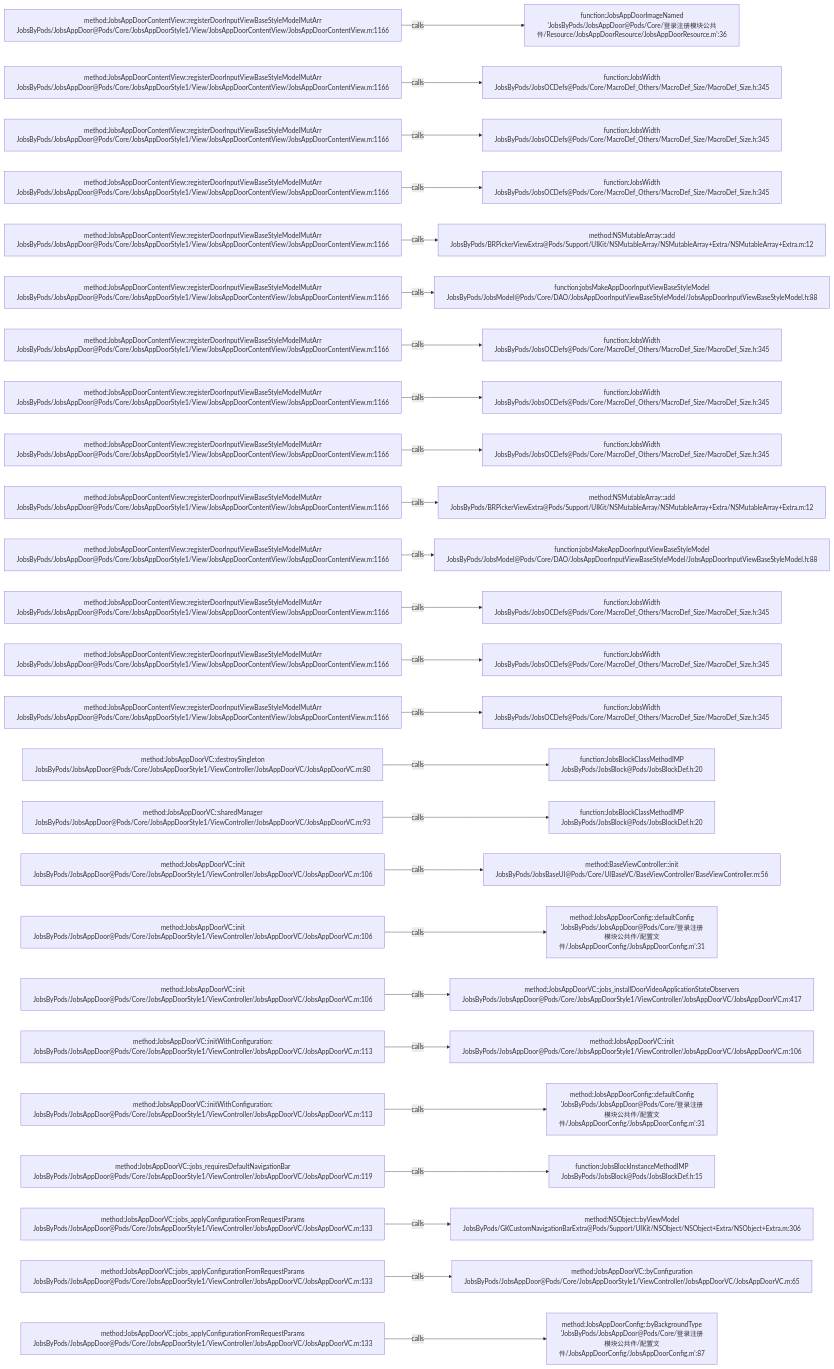
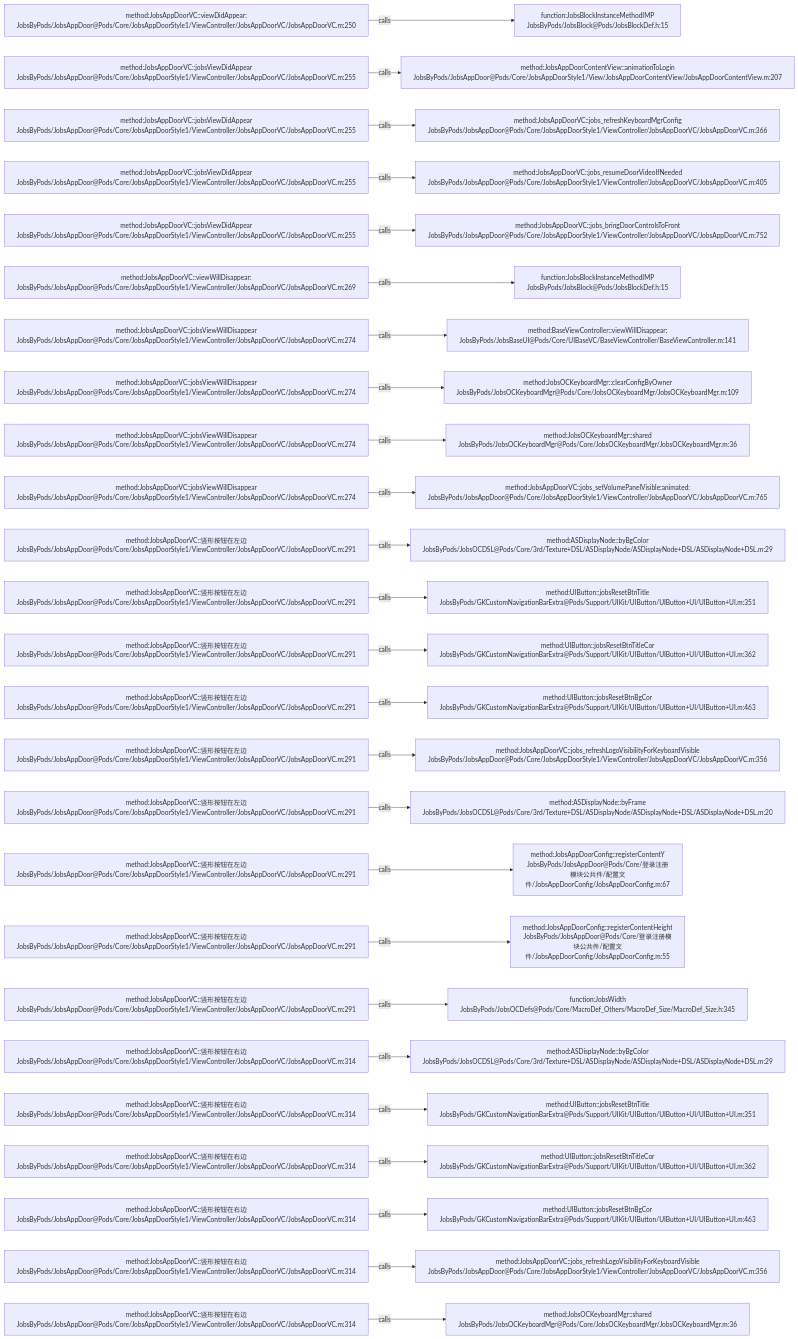
The diagram in .codegraph/codegraph.md/graphs/calls-106.md (JobsKits/JobsOCBaseConfigDemo), drawn with Mermaid before and after one commit. The commit also changed 223 other files, not shown here.

````diff
--- a/.codegraph/codegraph.md/graphs/calls-106.md
+++ b/.codegraph/codegraph.md/graphs/calls-106.md
@@ -13,78 +13,78 @@
 ```mermaid
 flowchart LR
-  S1["method:JobsAppDoorContentView::registerDoorInputViewBaseStyleModelMutArr<br/>JobsByPods/JobsAppDoor@Pods/Core/JobsAppDoorStyle1/View/JobsAppDoorContentView/JobsAppDoorContentView.m:1166"]
-  T1["function:JobsAppDoorImageNamed<br/>'JobsByPods/JobsAppDoor@Pods/Core/登录注册模块公共件/Resource/JobsAppDoorResource/JobsAppDoorResource.m':36"]
+  S1["method:JobsAppDoorVC::viewDidAppear:<br/>JobsByPods/JobsAppDoor@Pods/Core/JobsAppDoorStyle1/ViewController/JobsAppDoorVC/JobsAppDoorVC.m:250"]
+  T1["function:JobsBlockInstanceMethodIMP<br/>JobsByPods/JobsBlock@Pods/JobsBlockDef.h:15"]
   S1 -->|calls| T1
-  S2["method:JobsAppDoorContentView::registerDoorInputViewBaseStyleModelMutArr<br/>JobsByPods/JobsAppDoor@Pods/Core/JobsAppDoorStyle1/View/JobsAppDoorContentView/JobsAppDoorContentView.m:1166"]
-  T2["function:JobsWidth<br/>JobsByPods/JobsOCDefs@Pods/Core/MacroDef_Others/MacroDef_Size/MacroDef_Size.h:345"]
+  S2["method:JobsAppDoorVC::jobsViewDidAppear<br/>JobsByPods/JobsAppDoor@Pods/Core/JobsAppDoorStyle1/ViewController/JobsAppDoorVC/JobsAppDoorVC.m:255"]
+  T2["method:JobsAppDoorContentView::animationToLogin<br/>JobsByPods/JobsAppDoor@Pods/Core/JobsAppDoorStyle1/View/JobsAppDoorContentView/JobsAppDoorContentView.m:207"]
   S2 -->|calls| T2
-  S3["method:JobsAppDoorContentView::registerDoorInputViewBaseStyleModelMutArr<br/>JobsByPods/JobsAppDoor@Pods/Core/JobsAppDoorStyle1/View/JobsAppDoorContentView/JobsAppDoorContentView.m:1166"]
-  T3["function:JobsWidth<br/>JobsByPods/JobsOCDefs@Pods/Core/MacroDef_Others/MacroDef_Size/MacroDef_Size.h:345"]
+  S3["method:JobsAppDoorVC::jobsViewDidAppear<br/>JobsByPods/JobsAppDoor@Pods/Core/JobsAppDoorStyle1/ViewController/JobsAppDoorVC/JobsAppDoorVC.m:255"]
+  T3["method:JobsAppDoorVC::jobs_refreshKeyboardMgrConfig<br/>JobsByPods/JobsAppDoor@Pods/Core/JobsAppDoorStyle1/ViewController/JobsAppDoorVC/JobsAppDoorVC.m:366"]
   S3 -->|calls| T3
-  S4["method:JobsAppDoorContentView::registerDoorInputViewBaseStyleModelMutArr<br/>JobsByPods/JobsAppDoor@Pods/Core/JobsAppDoorStyle1/View/JobsAppDoorContentView/JobsAppDoorContentView.m:1166"]
-  T4["function:JobsWidth<br/>JobsByPods/JobsOCDefs@Pods/Core/MacroDef_Others/MacroDef_Size/MacroDef_Size.h:345"]
+  S4["method:JobsAppDoorVC::jobsViewDidAppear<br/>JobsByPods/JobsAppDoor@Pods/Core/JobsAppDoorStyle1/ViewController/JobsAppDoorVC/JobsAppDoorVC.m:255"]
+  T4["method:JobsAppDoorVC::jobs_resumeDoorVideoIfNeeded<br/>JobsByPods/JobsAppDoor@Pods/Core/JobsAppDoorStyle1/ViewController/JobsAppDoorVC/JobsAppDoorVC.m:405"]
   S4 -->|calls| T4
-  S5["method:JobsAppDoorContentView::registerDoorInputViewBaseStyleModelMutArr<br/>JobsByPods/JobsAppDoor@Pods/Core/JobsAppDoorStyle1/View/JobsAppDoorContentView/JobsAppDoorContentView.m:1166"]
-  T5["method:NSMutableArray::add<br/>JobsByPods/BRPickerViewExtra@Pods/Support/UIKit/NSMutableArray/NSMutableArray+Extra/NSMutableArray+Extra.m:12"]
+  S5["method:JobsAppDoorVC::jobsViewDidAppear<br/>JobsByPods/JobsAppDoor@Pods/Core/JobsAppDoorStyle1/ViewController/JobsAppDoorVC/JobsAppDoorVC.m:255"]
+  T5["method:JobsAppDoorVC::jobs_bringDoorControlsToFront<br/>JobsByPods/JobsAppDoor@Pods/Core/JobsAppDoorStyle1/ViewController/JobsAppDoorVC/JobsAppDoorVC.m:752"]
   S5 -->|calls| T5
-  S6["method:JobsAppDoorContentView::registerDoorInputViewBaseStyleModelMutArr<br/>JobsByPods/JobsAppDoor@Pods/Core/JobsAppDoorStyle1/View/JobsAppDoorContentView/JobsAppDoorContentView.m:1166"]
-  T6["function:jobsMakeAppDoorInputViewBaseStyleModel<br/>JobsByPods/JobsModel@Pods/Core/DAO/JobsAppDoorInputViewBaseStyleModel/JobsAppDoorInputViewBaseStyleModel.h:88"]
+  S6["method:JobsAppDoorVC::viewWillDisappear:<br/>JobsByPods/JobsAppDoor@Pods/Core/JobsAppDoorStyle1/ViewController/JobsAppDoorVC/JobsAppDoorVC.m:269"]
+  T6["function:JobsBlockInstanceMethodIMP<br/>JobsByPods/JobsBlock@Pods/JobsBlockDef.h:15"]
   S6 -->|calls| T6
-  S7["method:JobsAppDoorContentView::registerDoorInputViewBaseStyleModelMutArr<br/>JobsByPods/JobsAppDoor@Pods/Core/JobsAppDoorStyle1/View/JobsAppDoorContentView/JobsAppDoorContentView.m:1166"]
-  T7["function:JobsWidth<br/>JobsByPods/JobsOCDefs@Pods/Core/MacroDef_Others/MacroDef_Size/MacroDef_Size.h:345"]
+  S7["method:JobsAppDoorVC::jobsViewWillDisappear<br/>JobsByPods/JobsAppDoor@Pods/Core/JobsAppDoorStyle1/ViewController/JobsAppDoorVC/JobsAppDoorVC.m:274"]
+  T7["method:BaseViewController::viewWillDisappear:<br/>JobsByPods/JobsBaseUI@Pods/Core/UIBaseVC/BaseViewController/BaseViewController.m:141"]
   S7 -->|calls| T7
-  S8["method:JobsAppDoorContentView::registerDoorInputViewBaseStyleModelMutArr<br/>JobsByPods/JobsAppDoor@Pods/Core/JobsAppDoorStyle1/View/JobsAppDoorContentView/JobsAppDoorContentView.m:1166"]
-  T8["function:JobsWidth<br/>JobsByPods/JobsOCDefs@Pods/Core/MacroDef_Others/MacroDef_Size/MacroDef_Size.h:345"]
+  S8["method:JobsAppDoorVC::jobsViewWillDisappear<br/>JobsByPods/JobsAppDoor@Pods/Core/JobsAppDoorStyle1/ViewController/JobsAppDoorVC/JobsAppDoorVC.m:274"]
+  T8["method:JobsOCKeyboardMgr::clearConfigByOwner<br/>JobsByPods/JobsOCKeyboardMgr@Pods/Core/JobsOCKeyboardMgr/JobsOCKeyboardMgr.m:109"]
   S8 -->|calls| T8
-  S9["method:JobsAppDoorContentView::registerDoorInputViewBaseStyleModelMutArr<br/>JobsByPods/JobsAppDoor@Pods/Core/JobsAppDoorStyle1/View/JobsAppDoorContentView/JobsAppDoorContentView.m:1166"]
-  T9["function:JobsWidth<br/>JobsByPods/JobsOCDefs@Pods/Core/MacroDef_Others/MacroDef_Size/MacroDef_Size.h:345"]
+  S9["method:JobsAppDoorVC::jobsViewWillDisappear<br/>JobsByPods/JobsAppDoor@Pods/Core/JobsAppDoorStyle1/ViewController/JobsAppDoorVC/JobsAppDoorVC.m:274"]
+  T9["method:JobsOCKeyboardMgr::shared<br/>JobsByPods/JobsOCKeyboardMgr@Pods/Core/JobsOCKeyboardMgr/JobsOCKeyboardMgr.m:36"]
   S9 -->|calls| T9
-  S10["method:JobsAppDoorContentView::registerDoorInputViewBaseStyleModelMutArr<br/>JobsByPods/JobsAppDoor@Pods/Core/JobsAppDoorStyle1/View/JobsAppDoorContentView/JobsAppDoorContentView.m:1166"]
-  T10["method:NSMutableArray::add<br/>JobsByPods/BRPickerViewExtra@Pods/Support/UIKit/NSMutableArray/NSMutableArray+Extra/NSMutableArray+Extra.m:12"]
+  S10["method:JobsAppDoorVC::jobsViewWillDisappear<br/>JobsByPods/JobsAppDoor@Pods/Core/JobsAppDoorStyle1/ViewController/JobsAppDoorVC/JobsAppDoorVC.m:274"]
+  T10["method:JobsAppDoorVC::jobs_setVolumePanelVisible:animated:<br/>JobsByPods/JobsAppDoor@Pods/Core/JobsAppDoorStyle1/ViewController/JobsAppDoorVC/JobsAppDoorVC.m:765"]
   S10 -->|calls| T10
-  S11["method:JobsAppDoorContentView::registerDoorInputViewBaseStyleModelMutArr<br/>JobsByPods/JobsAppDoor@Pods/Core/JobsAppDoorStyle1/View/JobsAppDoorContentView/JobsAppDoorContentView.m:1166"]
-  T11["function:jobsMakeAppDoorInputViewBaseStyleModel<br/>JobsByPods/JobsModel@Pods/Core/DAO/JobsAppDoorInputViewBaseStyleModel/JobsAppDoorInputViewBaseStyleModel.h:88"]
+  S11["method:JobsAppDoorVC::竖形按钮在左边<br/>JobsByPods/JobsAppDoor@Pods/Core/JobsAppDoorStyle1/ViewController/JobsAppDoorVC/JobsAppDoorVC.m:291"]
+  T11["method:ASDisplayNode::byBgColor<br/>JobsByPods/JobsOCDSL@Pods/Core/3rd/Texture+DSL/ASDisplayNode/ASDisplayNode+DSL/ASDisplayNode+DSL.m:29"]
   S11 -->|calls| T11
-  S12["method:JobsAppDoorContentView::registerDoorInputViewBaseStyleModelMutArr<br/>JobsByPods/JobsAppDoor@Pods/Core/JobsAppDoorStyle1/View/JobsAppDoorContentView/JobsAppDoorContentView.m:1166"]
-  T12["function:JobsWidth<br/>JobsByPods/JobsOCDefs@Pods/Core/MacroDef_Others/MacroDef_Size/MacroDef_Size.h:345"]
+  S12["method:JobsAppDoorVC::竖形按钮在左边<br/>JobsByPods/JobsAppDoor@Pods/Core/JobsAppDoorStyle1/ViewController/JobsAppDoorVC/JobsAppDoorVC.m:291"]
+  T12["method:UIButton::jobsResetBtnTitle<br/>JobsByPods/GKCustomNavigationBarExtra@Pods/Support/UIKit/UIButton/UIButton+UI/UIButton+UI.m:351"]
   S12 -->|calls| T12
-  S13["method:JobsAppDoorContentView::registerDoorInputViewBaseStyleModelMutArr<br/>JobsByPods/JobsAppDoor@Pods/Core/JobsAppDoorStyle1/View/JobsAppDoorContentView/JobsAppDoorContentView.m:1166"]
-  T13["function:JobsWidth<br/>JobsByPods/JobsOCDefs@Pods/Core/MacroDef_Others/MacroDef_Size/MacroDef_Size.h:345"]
+  S13["method:JobsAppDoorVC::竖形按钮在左边<br/>JobsByPods/JobsAppDoor@Pods/Core/JobsAppDoorStyle1/ViewController/JobsAppDoorVC/JobsAppDoorVC.m:291"]
+  T13["method:UIButton::jobsResetBtnTitleCor<br/>JobsByPods/GKCustomNavigationBarExtra@Pods/Support/UIKit/UIButton/UIButton+UI/UIButton+UI.m:362"]
   S13 -->|calls| T13
-  S14["method:JobsAppDoorContentView::registerDoorInputViewBaseStyleModelMutArr<br/>JobsByPods/JobsAppDoor@Pods/Core/JobsAppDoorStyle1/View/JobsAppDoorContentView/JobsAppDoorContentView.m:1166"]
-  T14["function:JobsWidth<br/>JobsByPods/JobsOCDefs@Pods/Core/MacroDef_Others/MacroDef_Size/MacroDef_Size.h:345"]
+  S14["method:JobsAppDoorVC::竖形按钮在左边<br/>JobsByPods/JobsAppDoor@Pods/Core/JobsAppDoorStyle1/ViewController/JobsAppDoorVC/JobsAppDoorVC.m:291"]
+  T14["method:UIButton::jobsResetBtnBgCor<br/>JobsByPods/GKCustomNavigationBarExtra@Pods/Support/UIKit/UIButton/UIButton+UI/UIButton+UI.m:463"]
   S14 -->|calls| T14
-  S15["method:JobsAppDoorVC::destroySingleton<br/>JobsByPods/JobsAppDoor@Pods/Core/JobsAppDoorStyle1/ViewController/JobsAppDoorVC/JobsAppDoorVC.m:80"]
-  T15["function:JobsBlockClassMethodIMP<br/>JobsByPods/JobsBlock@Pods/JobsBlockDef.h:20"]
+  S15["method:JobsAppDoorVC::竖形按钮在左边<br/>JobsByPods/JobsAppDoor@Pods/Core/JobsAppDoorStyle1/ViewController/JobsAppDoorVC/JobsAppDoorVC.m:291"]
+  T15["method:JobsAppDoorVC::jobs_refreshLogoVisibilityForKeyboardVisible<br/>JobsByPods/JobsAppDoor@Pods/Core/JobsAppDoorStyle1/ViewController/JobsAppDoorVC/JobsAppDoorVC.m:356"]
   S15 -->|calls| T15
-  S16["method:JobsAppDoorVC::sharedManager<br/>JobsByPods/JobsAppDoor@Pods/Core/JobsAppDoorStyle1/ViewController/JobsAppDoorVC/JobsAppDoorVC.m:93"]
-  T16["function:JobsBlockClassMethodIMP<br/>JobsByPods/JobsBlock@Pods/JobsBlockDef.h:20"]
+  S16["method:JobsAppDoorVC::竖形按钮在左边<br/>JobsByPods/JobsAppDoor@Pods/Core/JobsAppDoorStyle1/ViewController/JobsAppDoorVC/JobsAppDoorVC.m:291"]
+  T16["method:ASDisplayNode::byFrame<br/>JobsByPods/JobsOCDSL@Pods/Core/3rd/Texture+DSL/ASDisplayNode/ASDisplayNode+DSL/ASDisplayNode+DSL.m:20"]
   S16 -->|calls| T16
-  S17["method:JobsAppDoorVC::init<br/>JobsByPods/JobsAppDoor@Pods/Core/JobsAppDoorStyle1/ViewController/JobsAppDoorVC/JobsAppDoorVC.m:106"]
-  T17["method:BaseViewController::init<br/>JobsByPods/JobsBaseUI@Pods/Core/UIBaseVC/BaseViewController/BaseViewController.m:56"]
+  S17["method:JobsAppDoorVC::竖形按钮在左边<br/>JobsByPods/JobsAppDoor@Pods/Core/JobsAppDoorStyle1/ViewController/JobsAppDoorVC/JobsAppDoorVC.m:291"]
+  T17["method:JobsAppDoorConfig::registerContentY<br/>JobsByPods/JobsAppDoor@Pods/Core/登录注册模块公共件/配置文件/JobsAppDoorConfig/JobsAppDoorConfig.m:67"]
   S17 -->|calls| T17
-  S18["method:JobsAppDoorVC::init<br/>JobsByPods/JobsAppDoor@Pods/Core/JobsAppDoorStyle1/ViewController/JobsAppDoorVC/JobsAppDoorVC.m:106"]
-  T18["method:JobsAppDoorConfig::defaultConfig<br/>'JobsByPods/JobsAppDoor@Pods/Core/登录注册模块公共件/配置文件/JobsAppDoorConfig/JobsAppDoorConfig.m':31"]
+  S18["method:JobsAppDoorVC::竖形按钮在左边<br/>JobsByPods/JobsAppDoor@Pods/Core/JobsAppDoorStyle1/ViewController/JobsAppDoorVC/JobsAppDoorVC.m:291"]
+  T18["method:JobsAppDoorConfig::registerContentHeight<br/>JobsByPods/JobsAppDoor@Pods/Core/登录注册模块公共件/配置文件/JobsAppDoorConfig/JobsAppDoorConfig.m:55"]
   S18 -->|calls| T18
-  S19["method:JobsAppDoorVC::init<br/>JobsByPods/JobsAppDoor@Pods/Core/JobsAppDoorStyle1/ViewController/JobsAppDoorVC/JobsAppDoorVC.m:106"]
-  T19["method:JobsAppDoorVC::jobs_installDoorVideoApplicationStateObservers<br/>JobsByPods/JobsAppDoor@Pods/Core/JobsAppDoorStyle1/ViewController/JobsAppDoorVC/JobsAppDoorVC.m:417"]
+  S19["method:JobsAppDoorVC::竖形按钮在左边<br/>JobsByPods/JobsAppDoor@Pods/Core/JobsAppDoorStyle1/ViewController/JobsAppDoorVC/JobsAppDoorVC.m:291"]
+  T19["function:JobsWidth<br/>JobsByPods/JobsOCDefs@Pods/Core/MacroDef_Others/MacroDef_Size/MacroDef_Size.h:345"]
   S19 -->|calls| T19
-  S20["method:JobsAppDoorVC::initWithConfiguration:<br/>JobsByPods/JobsAppDoor@Pods/Core/JobsAppDoorStyle1/ViewController/JobsAppDoorVC/JobsAppDoorVC.m:113"]
-  T20["method:JobsAppDoorVC::init<br/>JobsByPods/JobsAppDoor@Pods/Core/JobsAppDoorStyle1/ViewController/JobsAppDoorVC/JobsAppDoorVC.m:106"]
+  S20["method:JobsAppDoorVC::竖形按钮在右边<br/>JobsByPods/JobsAppDoor@Pods/Core/JobsAppDoorStyle1/ViewController/JobsAppDoorVC/JobsAppDoorVC.m:314"]
+  T20["method:ASDisplayNode::byBgColor<br/>JobsByPods/JobsOCDSL@Pods/Core/3rd/Texture+DSL/ASDisplayNode/ASDisplayNode+DSL/ASDisplayNode+DSL.m:29"]
   S20 -->|calls| T20
-  S21["method:JobsAppDoorVC::initWithConfiguration:<br/>JobsByPods/JobsAppDoor@Pods/Core/JobsAppDoorStyle1/ViewController/JobsAppDoorVC/JobsAppDoorVC.m:113"]
-  T21["method:JobsAppDoorConfig::defaultConfig<br/>'JobsByPods/JobsAppDoor@Pods/Core/登录注册模块公共件/配置文件/JobsAppDoorConfig/JobsAppDoorConfig.m':31"]
+  S21["method:JobsAppDoorVC::竖形按钮在右边<br/>JobsByPods/JobsAppDoor@Pods/Core/JobsAppDoorStyle1/ViewController/JobsAppDoorVC/JobsAppDoorVC.m:314"]
+  T21["method:UIButton::jobsResetBtnTitle<br/>JobsByPods/GKCustomNavigationBarExtra@Pods/Support/UIKit/UIButton/UIButton+UI/UIButton+UI.m:351"]
   S21 -->|calls| T21
-  S22["method:JobsAppDoorVC::jobs_requiresDefaultNavigationBar<br/>JobsByPods/JobsAppDoor@Pods/Core/JobsAppDoorStyle1/ViewController/JobsAppDoorVC/JobsAppDoorVC.m:119"]
-  T22["function:JobsBlockInstanceMethodIMP<br/>JobsByPods/JobsBlock@Pods/JobsBlockDef.h:15"]
+  S22["method:JobsAppDoorVC::竖形按钮在右边<br/>JobsByPods/JobsAppDoor@Pods/Core/JobsAppDoorStyle1/ViewController/JobsAppDoorVC/JobsAppDoorVC.m:314"]
+  T22["method:UIButton::jobsResetBtnTitleCor<br/>JobsByPods/GKCustomNavigationBarExtra@Pods/Support/UIKit/UIButton/UIButton+UI/UIButton+UI.m:362"]
   S22 -->|calls| T22
-  S23["method:JobsAppDoorVC::jobs_applyConfigurationFromRequestParams<br/>JobsByPods/JobsAppDoor@Pods/Core/JobsAppDoorStyle1/ViewController/JobsAppDoorVC/JobsAppDoorVC.m:133"]
-  T23["method:NSObject::byViewModel<br/>JobsByPods/GKCustomNavigationBarExtra@Pods/Support/UIKit/NSObject/NSObject+Extra/NSObject+Extra.m:306"]
+  S23["method:JobsAppDoorVC::竖形按钮在右边<br/>JobsByPods/JobsAppDoor@Pods/Core/JobsAppDoorStyle1/ViewController/JobsAppDoorVC/JobsAppDoorVC.m:314"]
+  T23["method:UIButton::jobsResetBtnBgCor<br/>JobsByPods/GKCustomNavigationBarExtra@Pods/Support/UIKit/UIButton/UIButton+UI/UIButton+UI.m:463"]
   S23 -->|calls| T23
-  S24["method:JobsAppDoorVC::jobs_applyConfigurationFromRequestParams<br/>JobsByPods/JobsAppDoor@Pods/Core/JobsAppDoorStyle1/ViewController/JobsAppDoorVC/JobsAppDoorVC.m:133"]
-  T24["method:JobsAppDoorVC::byConfiguration<br/>JobsByPods/JobsAppDoor@Pods/Core/JobsAppDoorStyle1/ViewController/JobsAppDoorVC/JobsAppDoorVC.m:65"]
+  S24["method:JobsAppDoorVC::竖形按钮在右边<br/>JobsByPods/JobsAppDoor@Pods/Core/JobsAppDoorStyle1/ViewController/JobsAppDoorVC/JobsAppDoorVC.m:314"]
+  T24["method:JobsAppDoorVC::jobs_refreshLogoVisibilityForKeyboardVisible<br/>JobsByPods/JobsAppDoor@Pods/Core/JobsAppDoorStyle1/ViewController/JobsAppDoorVC/JobsAppDoorVC.m:356"]
   S24 -->|calls| T24
-  S25["method:JobsAppDoorVC::jobs_applyConfigurationFromRequestParams<br/>JobsByPods/JobsAppDoor@Pods/Core/JobsAppDoorStyle1/ViewController/JobsAppDoorVC/JobsAppDoorVC.m:133"]
-  T25["method:JobsAppDoorConfig::byBackgroundType<br/>'JobsByPods/JobsAppDoor@Pods/Core/登录注册模块公共件/配置文件/JobsAppDoorConfig/JobsAppDoorConfig.m':87"]
+  S25["method:JobsAppDoorVC::竖形按钮在右边<br/>JobsByPods/JobsAppDoor@Pods/Core/JobsAppDoorStyle1/ViewController/JobsAppDoorVC/JobsAppDoorVC.m:314"]
+  T25["method:JobsOCKeyboardMgr::shared<br/>JobsByPods/JobsOCKeyboardMgr@Pods/Core/JobsOCKeyboardMgr/JobsOCKeyboardMgr.m:36"]
   S25 -->|calls| T25
 ```
````
